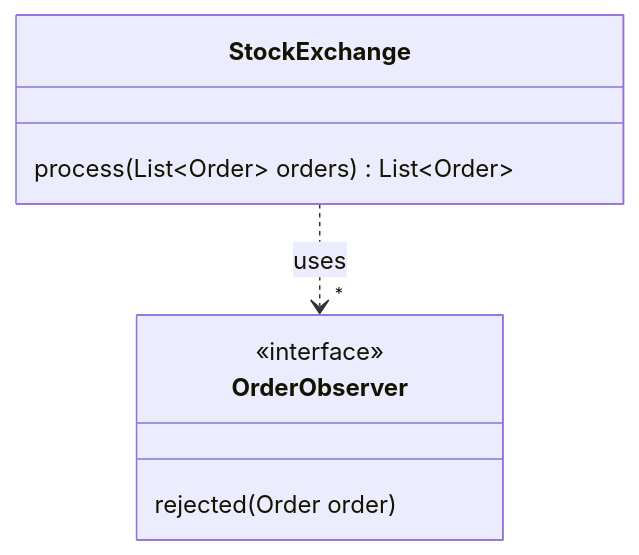
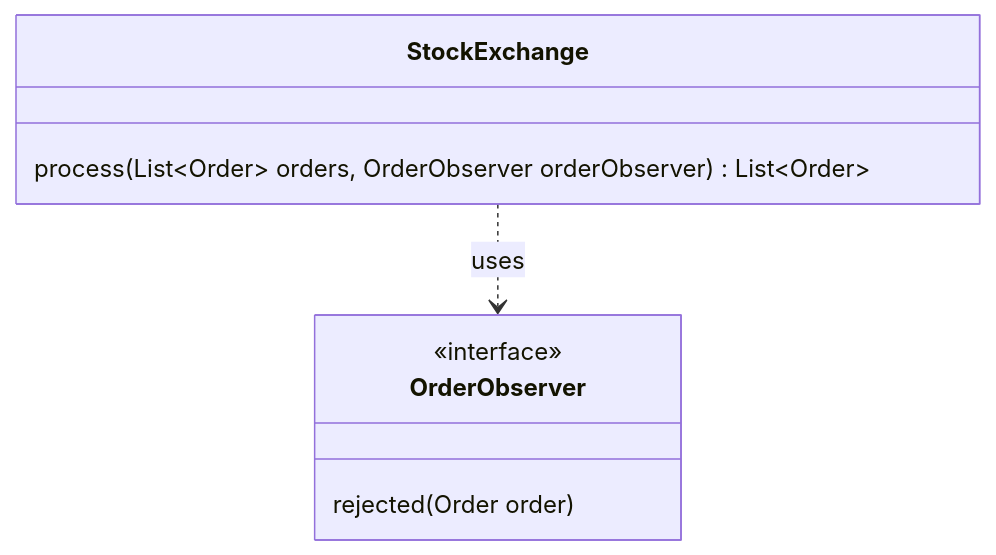
One commit to forax/design-pattern-reloaded changed the third of 3 diagrams in src/main/java/observer/README.md. Above: the diagram before and after it, drawn with Mermaid.

Commit message:
process should take the observer as second parameter in the last diagram

````diff
--- a/src/main/java/observer/README.md
+++ b/src/main/java/observer/README.md
@@ -206,11 +206,11 @@
 ```mermaid
 classDiagram
 class OrderObserver {
   <<interface>>
   rejected(Order order)
 }
 class StockExchange {
-  process(List~Order~ orders) List~Order~
+  process(List~Order~ orders, OrderObserver orderObserver) List~Order~
 }
-StockExchange ..> "*" OrderObserver : uses
+StockExchange ..> OrderObserver : uses
 ```
````
